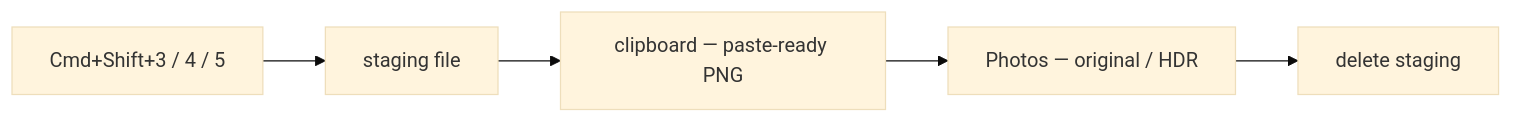
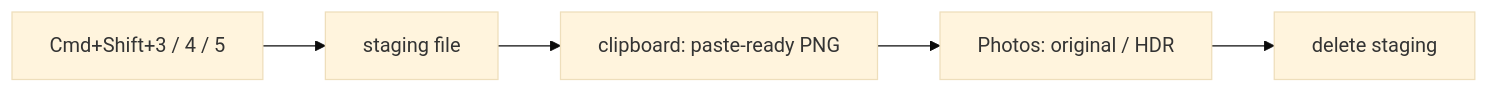
Before and after one commit to travisjneuman/macos-screenshot-pipeline: the first of 3 diagrams in README.md, drawn with Mermaid (base theme). The commit also changed other lines of this file and 1 other file, not shown here.

````diff
--- a/README.md
+++ b/README.md
@@ -30,7 +30,7 @@
 ```mermaid
 flowchart LR
   K["Cmd+Shift+3 / 4 / 5"] --> S["staging file"]
-  S --> P["clipboard — paste-ready PNG"]
-  P --> H["Photos — original / HDR"]
+  S --> P["clipboard: paste-ready PNG"]
+  P --> H["Photos: original / HDR"]
   H --> D["delete staging"]
 ```
````
